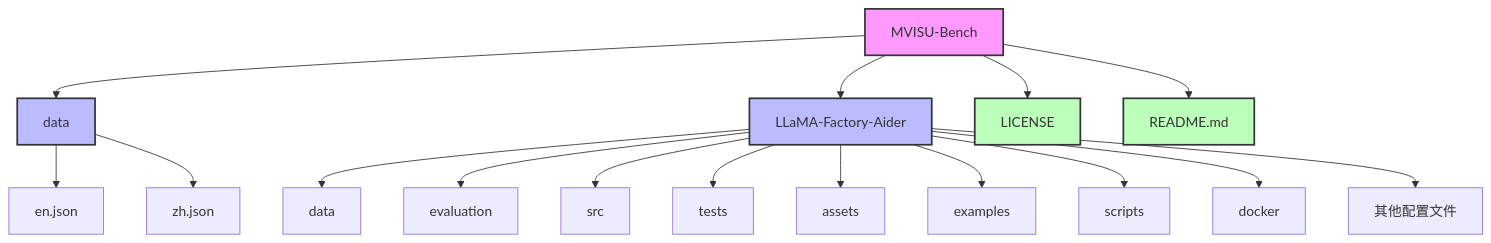
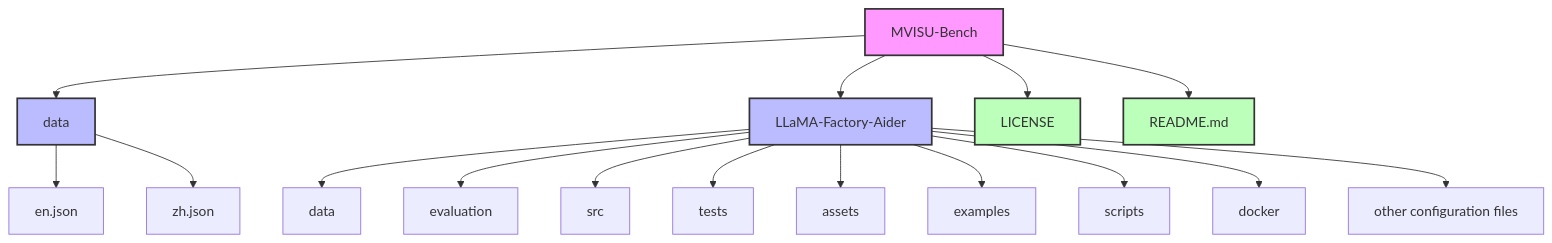
Before and after one commit to EternityJune25/MVISU-Bench: the diagram in README_zh.md, drawn with Mermaid. The commit also changed other lines of this file and 1 other file, not shown here.

````diff
--- a/README_zh.md
+++ b/README_zh.md
@@ -64,26 +64,26 @@
 ```mermaid
 graph TD
     A[MVISU-Bench] --> B[data]
     A --> C[LLaMA-Factory-Aider]
     A --> D[LICENSE]
     A --> E[README.md]
     
     B --> B1[en.json]
     B --> B2[zh.json]
     
     C --> C1[data]
     C --> C2[evaluation]
     C --> C3[src]
     C --> C4[tests]
     C --> C5[assets]
     C --> C6[examples]
     C --> C7[scripts]
     C --> C8[docker]
-    C --> C9[其他配置文件]
+    C --> C9[other configuration files]
     
     style A fill:#f9f,stroke:#333,stroke-width:2px
     style B fill:#bbf,stroke:#333,stroke-width:2px
     style C fill:#bbf,stroke:#333,stroke-width:2px
     style D fill:#bfb,stroke:#333,stroke-width:2px
     style E fill:#bfb,stroke:#333,stroke-width:2px
 ```
````
